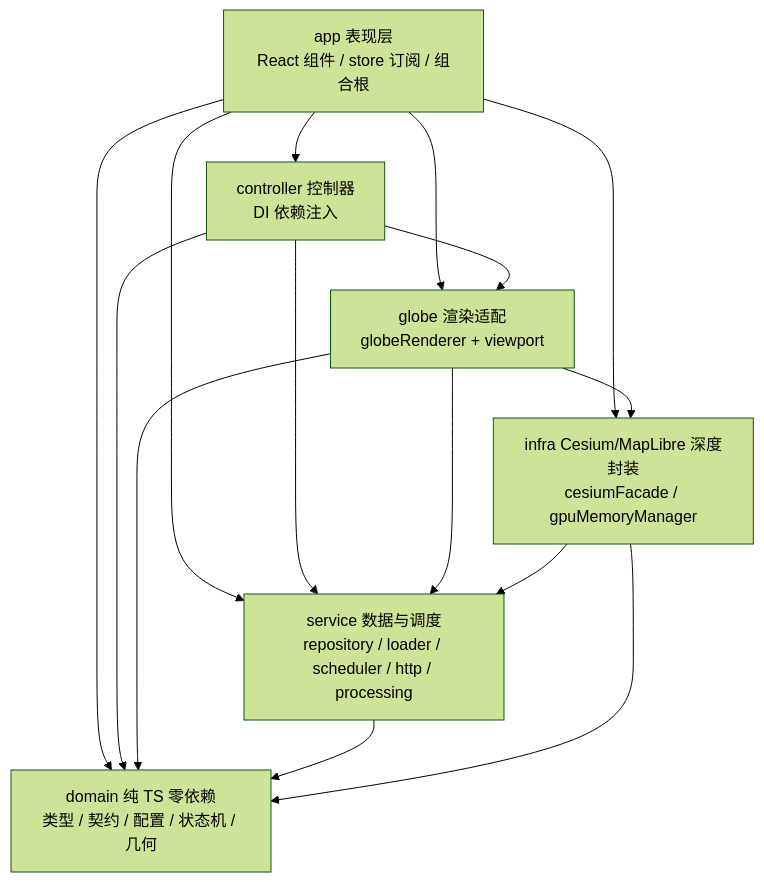
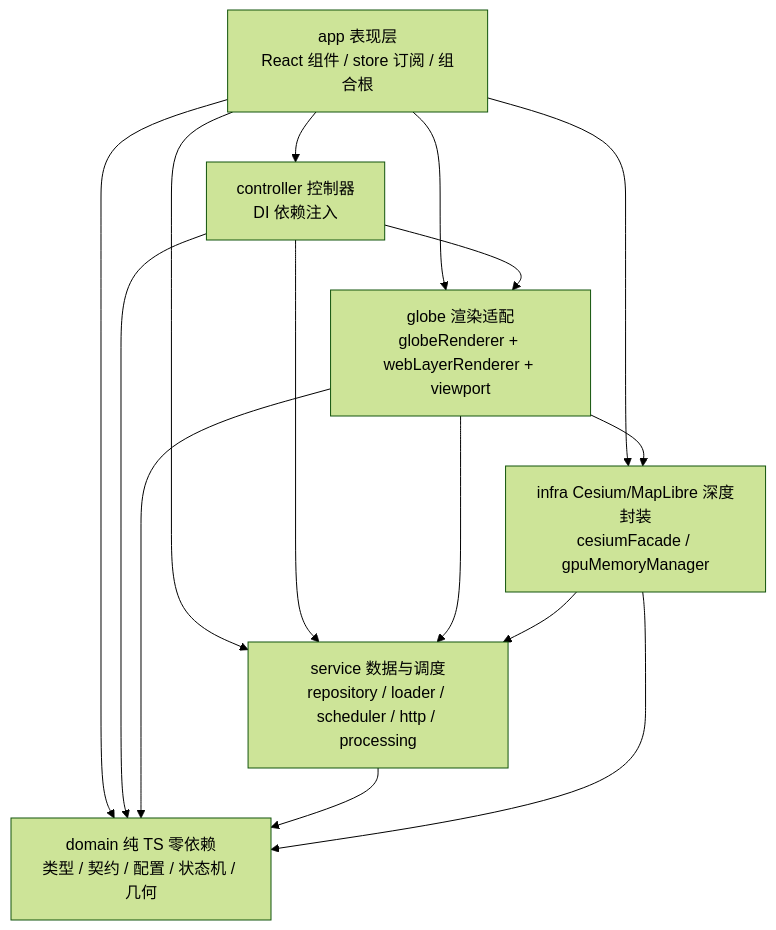
One commit to gis2all/earth-viewer changed the first of 4 diagrams in CLAUDE.md. Above: the diagram before and after it, drawn with Mermaid (forest theme). The commit also changed other lines of this file, not shown here.

Commit message:
docs(claude): sync render flow, exports and coverage

````diff
--- a/CLAUDE.md
+++ b/CLAUDE.md
@@ -113,24 +113,24 @@
 ```mermaid
 flowchart TD
     App[app 表现层<br/>React 组件 / store 订阅 / 组合根]
     Ctrl[controller 控制器<br/>DI 依赖注入]
     Svc[service 数据与调度<br/>repository / loader / scheduler / http / processing]
     Dom[domain 纯 TS 零依赖<br/>类型 / 契约 / 配置 / 状态机 / 几何]
-    Globe[globe 渲染适配<br/>globeRenderer + viewport]
+    Globe[globe 渲染适配<br/>globeRenderer + webLayerRenderer + viewport]
     Infra[infra Cesium/MapLibre 深度封装<br/>cesiumFacade / gpuMemoryManager]
 
     App --> Ctrl
     App --> Globe
     App --> Svc
     App --> Infra
     App --> Dom
     Ctrl --> Globe
     Ctrl --> Svc
     Ctrl --> Dom
     Globe --> Infra
     Globe --> Svc
     Globe --> Dom
     Svc --> Dom
     Infra --> Svc
     Infra --> Dom
 ```
````
